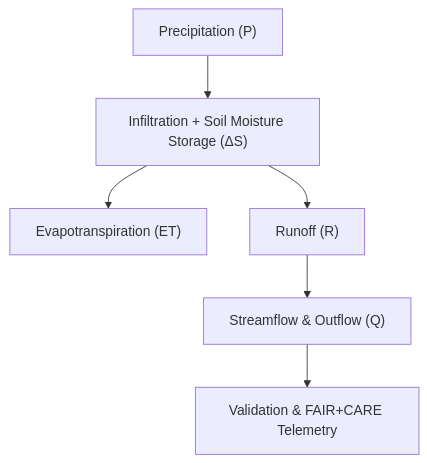
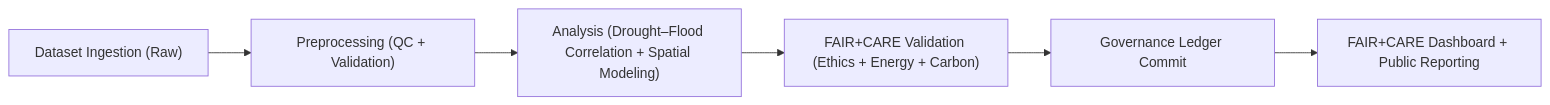
One commit to bartytime4life/Kansas-Frontier-Matrix changed the second of 2 diagrams in docs/analyses/hydrology/methods/water-balance.md. Above: the diagram before and after it, drawn with Mermaid. The commit also changed other lines of this file, not shown here.

````diff
--- a/docs/analyses/hydrology/methods/water-balance.md
+++ b/docs/analyses/hydrology/methods/water-balance.md
@@ -50,8 +250,9 @@
 ```mermaid
-flowchart TD
-    A["Precipitation (P)"] --> B["Infiltration + Soil Moisture Storage (ΔS)"]
-    B --> C["Evapotranspiration (ET)"]
-    B --> D["Runoff (R)"]
-    D --> E["Streamflow & Outflow (Q)"]
-    E --> F["Validation & FAIR+CARE Telemetry"]
+flowchart LR
+  A["Dataset Ingestion (Raw)"]
+    --> B["Preprocessing (QC + Validation)"]
+  B --> C["Analysis (Drought–Flood Correlation + Spatial Modeling)"]
+  C --> D["FAIR+CARE Validation (Ethics + Energy + Carbon)"]
+  D --> E["Governance Ledger Commit"]
+  E --> F["FAIR+CARE Dashboard + Public Reporting"]
 ```
````
